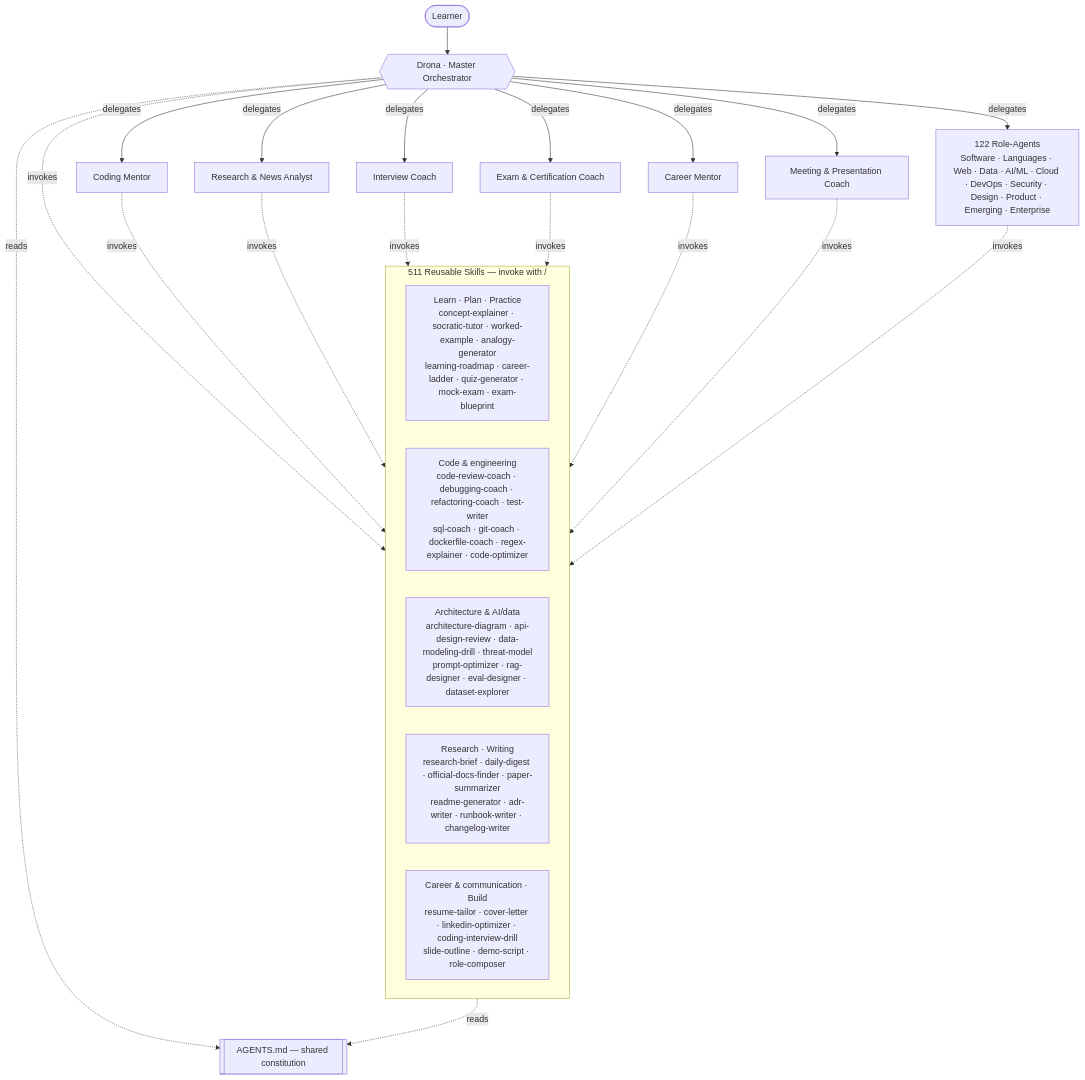
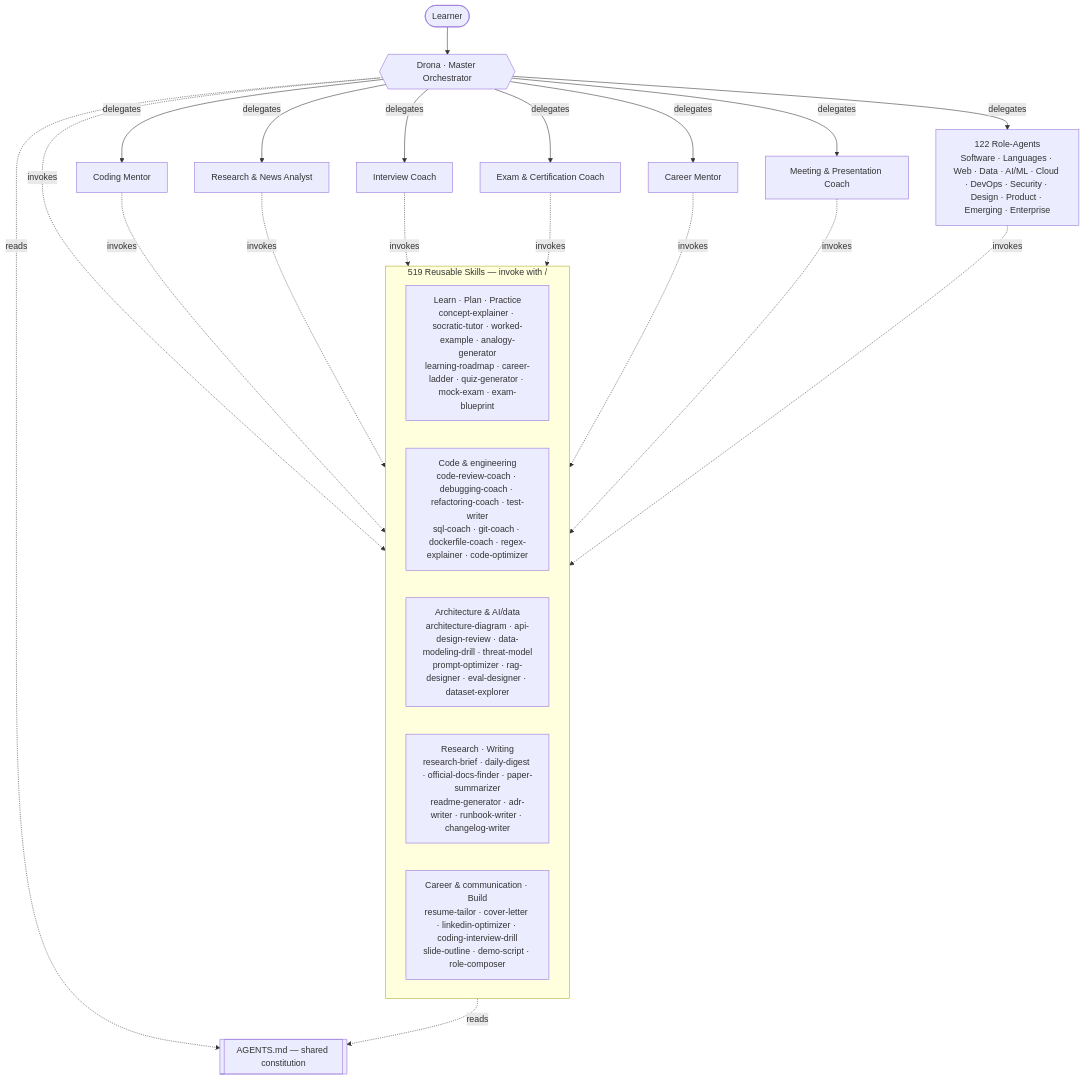
One commit to ArasaniRohithReddy/LearningOS changed the diagram in README.md. Above: the diagram before and after it, drawn with Mermaid. The commit also changed other lines of this file and 34 other files, not shown here.

````diff
--- a/README.md
+++ b/README.md
@@ -40,32 +40,32 @@
 ```mermaid
 flowchart TD
     U([Learner]) --> D{{Drona · Master Orchestrator}}
 
     D -->|delegates| CM[Coding Mentor]
     D -->|delegates| RN[Research & News Analyst]
     D -->|delegates| IC[Interview Coach]
     D -->|delegates| EC[Exam & Certification Coach]
     D -->|delegates| CA[Career Mentor]
     D -->|delegates| MP[Meeting & Presentation Coach]
     D -->|delegates| RO["122 Role-Agents<br/>Software · Languages · Web · Data · AI/ML · Cloud · DevOps · Security · Design · Product · Emerging · Enterprise"]
 
-    subgraph Skills["511 Reusable Skills — invoke with /"]
+    subgraph Skills["519 Reusable Skills — invoke with /"]
       S1["Learn · Plan · Practice<br/>concept-explainer · socratic-tutor · worked-example · analogy-generator<br/>learning-roadmap · career-ladder · quiz-generator · mock-exam · exam-blueprint"]
       S2["Code & engineering<br/>code-review-coach · debugging-coach · refactoring-coach · test-writer<br/>sql-coach · git-coach · dockerfile-coach · regex-explainer · code-optimizer"]
       S3["Architecture & AI/data<br/>architecture-diagram · api-design-review · data-modeling-drill · threat-model<br/>prompt-optimizer · rag-designer · eval-designer · dataset-explorer"]
       S4["Research · Writing<br/>research-brief · daily-digest · official-docs-finder · paper-summarizer<br/>readme-generator · adr-writer · runbook-writer · changelog-writer"]
       S5["Career & communication · Build<br/>resume-tailor · cover-letter · linkedin-optimizer · coding-interview-drill<br/>slide-outline · demo-script · role-composer"]
     end
 
     D -.invokes.-> Skills
     CM -.invokes.-> Skills
     RN -.invokes.-> Skills
     IC -.invokes.-> Skills
     EC -.invokes.-> Skills
     CA -.invokes.-> Skills
     MP -.invokes.-> Skills
     RO -.invokes.-> Skills
 
     Skills -.reads.-> AG[[AGENTS.md — shared constitution]]
     D -.reads.-> AG
 ```
````
